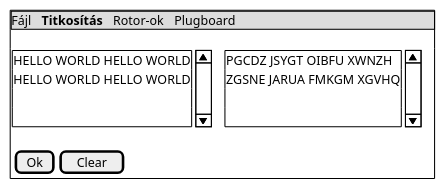
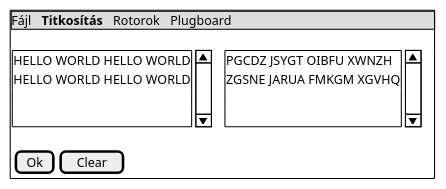
Before and after one commit to lolfail/enigma-nhf: the diagram in docs/spec/codingwindow.puml, drawn with PlantUML. The commit also changed 5 other files, not shown here.

Commit message:
WIP XML schema

```diff
--- a/docs/spec/codingwindow.puml
+++ b/docs/spec/codingwindow.puml
@@ -1,25 +1,25 @@
 @startsalt
 {+
-  {* Fájl | **Titkosítás** | Rotor-ok | Plugboard }
+  {* Fájl | **Titkosítás** | Rotorok | Plugboard }
   .
   {
     {SI
       HELLO WORLD HELLO WORLD
       HELLO WORLD HELLO WORLD
       .
       .
     } |
     {SI
       PGCDZ JSYGT OIBFU XWNZH
       ZGSNE JARUA FMKGM XGVHQ
       .
       .
     }
     .
     {
       [ Ok ] |
       [ Clear ]
     }
   }
 }
 @endsalt
```
